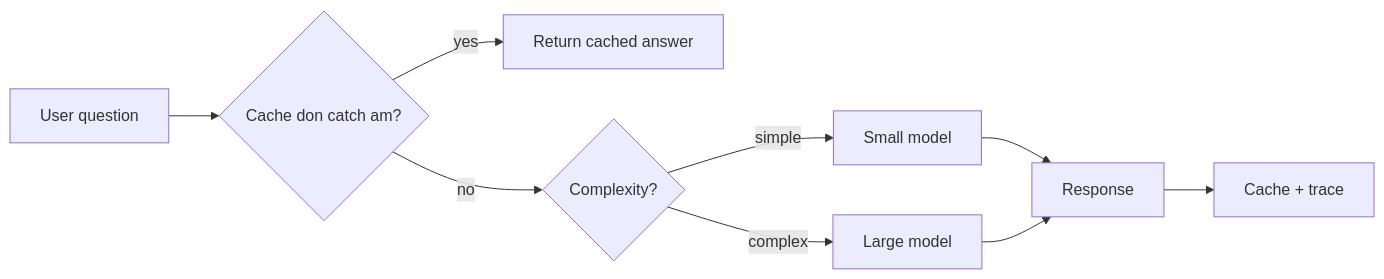
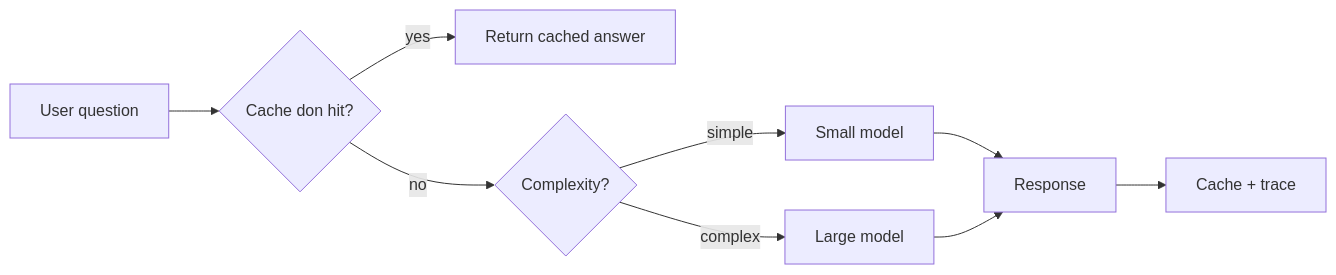
The third of 4 diagrams in mirrors/repos/microsoft@ai-agents-for-beginners/translations/pcm/16-deploying-scalable-agents/README.md (gabrielmoreira/agent-skills-mirror), drawn with Mermaid before and after one commit. The commit also changed other lines of this file and 3581 other files, not shown here.

````diff
--- a/mirrors/repos/microsoft@ai-agents-for-beginners/translations/pcm/16-deploying-scalable-agents/README.md
+++ b/mirrors/repos/microsoft@ai-agents-for-beginners/translations/pcm/16-deploying-scalable-agents/README.md
@@ -134,11 +134,11 @@
 ```mermaid
 flowchart LR
-    Q[User question] --> C{Cache don catch am?}
+    Q[User question] --> C{Cache don hit?}
     C -->|yes| R[Return cached answer]
     C -->|no| Router{Complexity?}
     Router -->|simple| SLM[Small model]
     Router -->|complex| LLM[Large model]
     SLM --> Out[Response]
     LLM --> Out
     Out --> Store[Cache + trace]
 ```
````
